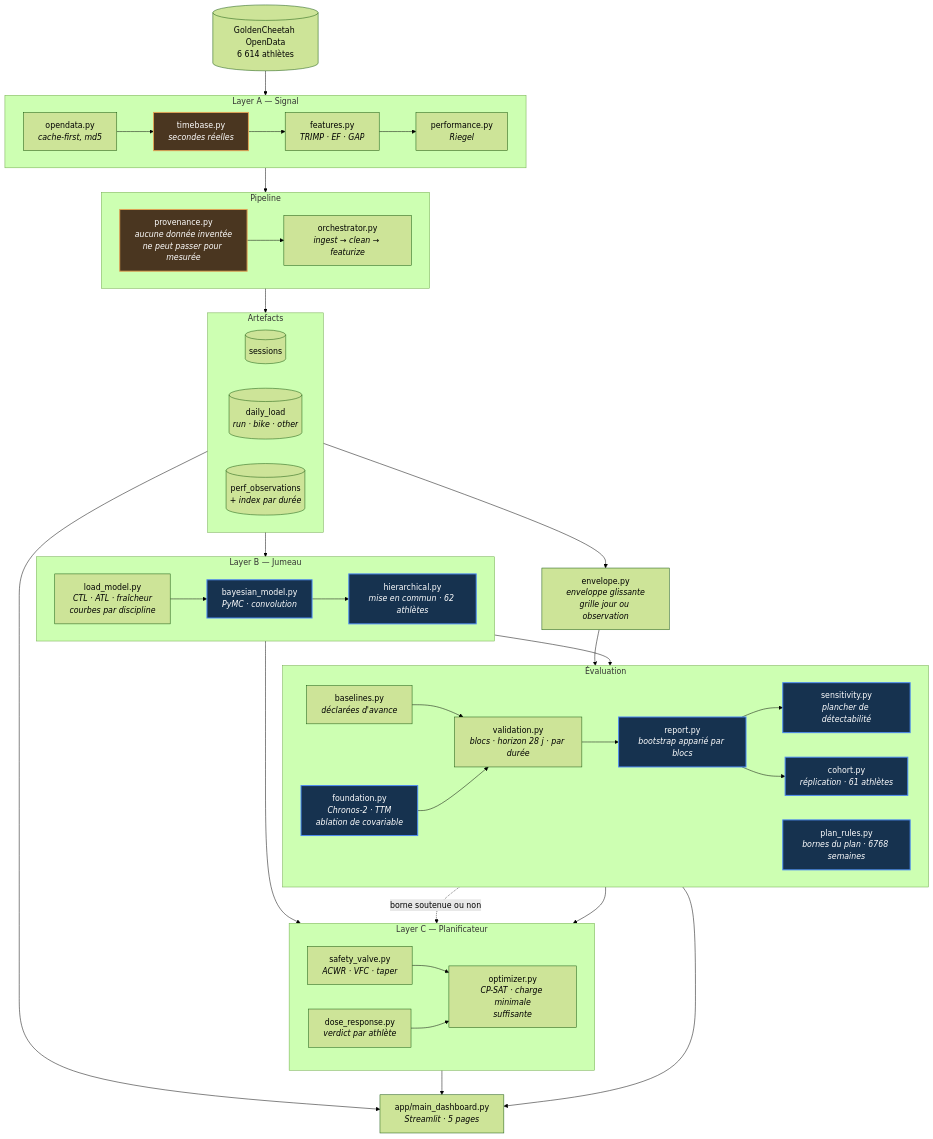
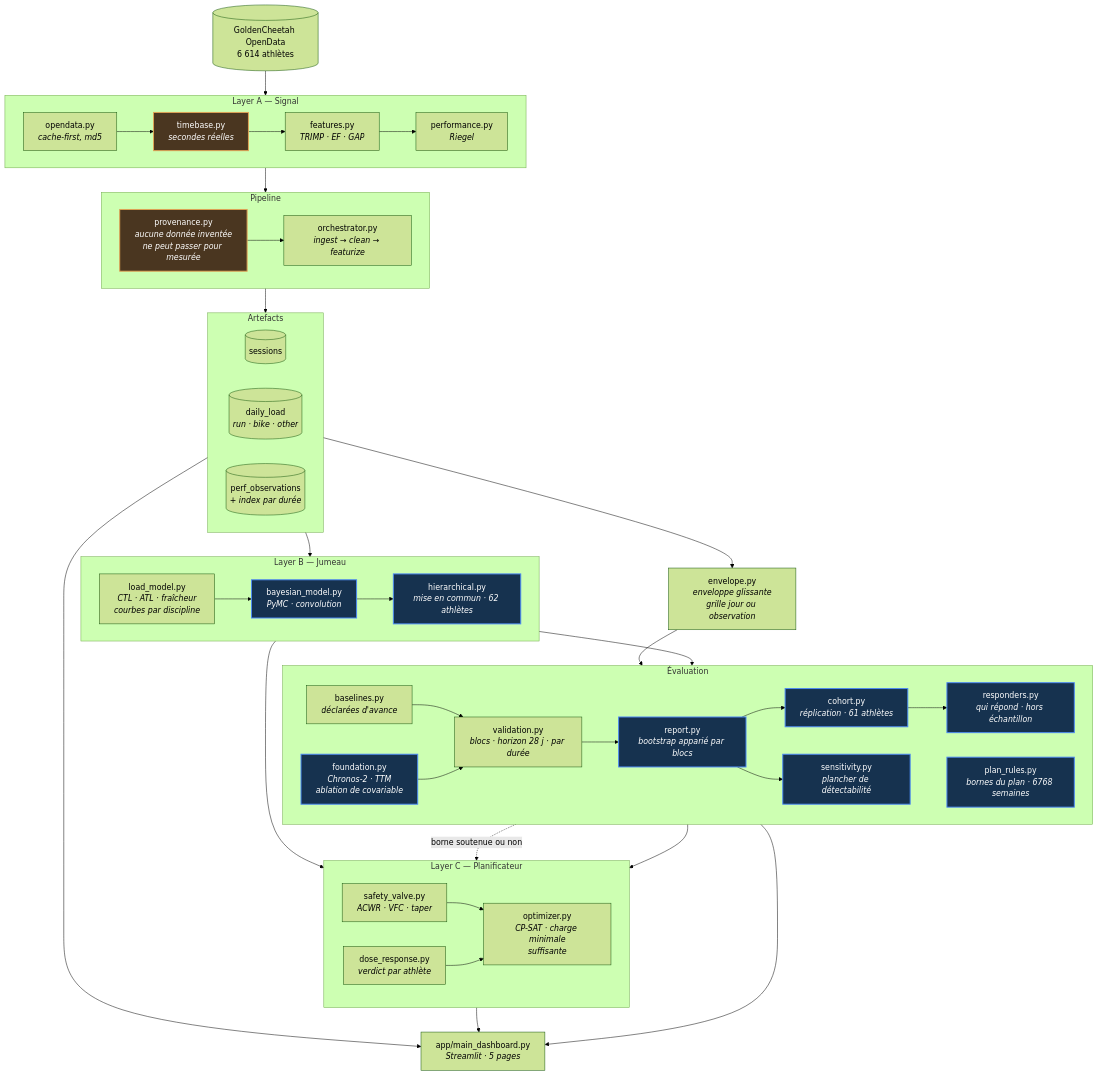
The diagram in docs/architecture.md (louisrodembourg/Adaptive-digital-twin-endurance), drawn with Mermaid (forest theme) before and after one commit. The commit also changed other lines of this file and 9 other files, not shown here.

````diff
--- a/docs/architecture.md
+++ b/docs/architecture.md
@@ -11,79 +11,81 @@
 ```mermaid
 flowchart TB
     OSF[("GoldenCheetah OpenData<br/>6 614 athlètes")]
 
     subgraph A["Layer A — Signal"]
         direction LR
         ING["opendata.py<br/><i>cache-first, md5</i>"]
         TB["timebase.py<br/><i>secondes réelles</i>"]
         FEAT["features.py<br/><i>TRIMP · EF · GAP</i>"]
         PERF["performance.py<br/><i>Riegel</i>"]
         ING --> TB --> FEAT --> PERF
     end
 
     subgraph P["Pipeline"]
         direction LR
         PROV["provenance.py<br/><i>aucune donnée inventée<br/>ne peut passer pour mesurée</i>"]
         ORCH["orchestrator.py<br/><i>ingest → clean → featurize</i>"]
         PROV --> ORCH
     end
 
     subgraph STORE["Artefacts"]
         direction LR
         S1[("sessions")]
         S2[("daily_load<br/><i>run · bike · other</i>")]
         S3[("perf_observations<br/><i>+ index par durée</i>")]
     end
 
     ENV["envelope.py<br/><i>enveloppe glissante<br/>grille jour ou observation</i>"]
 
     subgraph B["Layer B — Jumeau"]
         direction LR
         LOAD["load_model.py<br/><i>CTL · ATL · fraîcheur<br/>courbes par discipline</i>"]
         BAYES["bayesian_model.py<br/><i>PyMC · convolution</i>"]
         HIER["hierarchical.py<br/><i>mise en commun · 62 athlètes</i>"]
         LOAD --> BAYES --> HIER
     end
 
     subgraph E["Évaluation"]
         direction LR
         BASE["baselines.py<br/><i>déclarées d'avance</i>"]
         FND["foundation.py<br/><i>Chronos-2 · TTM<br/>ablation de covariable</i>"]
         SENS["sensitivity.py<br/><i>plancher de détectabilité</i>"]
         COH["cohort.py<br/><i>réplication · 61 athlètes</i>"]
         VALID["validation.py<br/><i>blocs · horizon 28 j · par durée</i>"]
         REPORT["report.py<br/><i>bootstrap apparié par blocs</i>"]
         BASE --> VALID --> REPORT
         FND --> VALID
         RULES["plan_rules.py<br/><i>bornes du plan · 6768 semaines</i>"]
+        RESP["responders.py<br/><i>qui répond · hors échantillon</i>"]
+        COH --> RESP
         REPORT --> SENS
         REPORT --> COH
     end
 
     subgraph C["Layer C — Planificateur"]
         direction LR
         DOSE["dose_response.py<br/><i>verdict par athlète</i>"]
         SAFE["safety_valve.py<br/><i>ACWR · VFC · taper</i>"]
         OPT["optimizer.py<br/><i>CP-SAT · charge minimale<br/>suffisante</i>"]
         SAFE --> OPT
         DOSE --> OPT
         RULES -.->|"borne soutenue ou non"| SAFE
     end
 
     UI["app/main_dashboard.py<br/><i>Streamlit · 5 pages</i>"]
 
     OSF --> A --> P --> STORE
     STORE --> ENV --> E
     STORE --> B
     B --> E
     B --> C
     E --> DOSE
     E --> UI
     C --> UI
     STORE --> UI
 
     classDef result fill:#16324f,stroke:#4c8bf5,stroke-width:2px,color:#fff
     classDef guard fill:#4a3620,stroke:#e0a355,stroke-width:2px,color:#fff
-    class REPORT,BAYES,FND,SENS,COH,HIER,RULES result
+    class REPORT,BAYES,FND,SENS,COH,HIER,RULES,RESP result
     class PROV,TB guard
 ```
````
